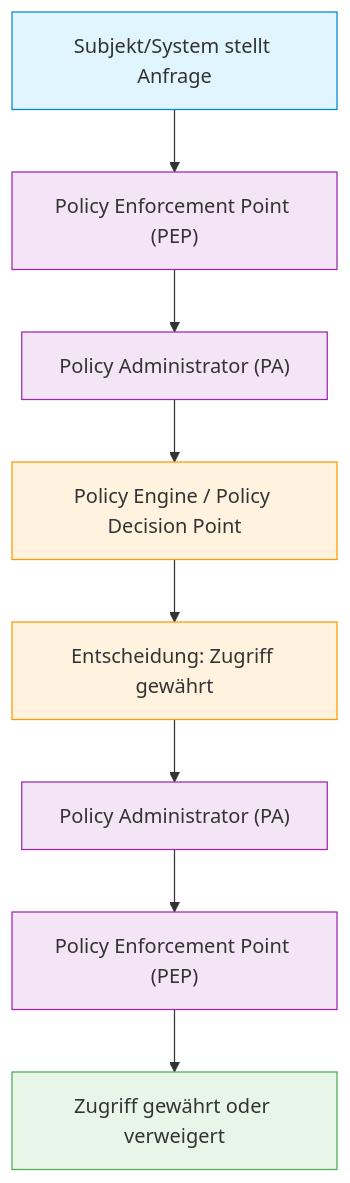
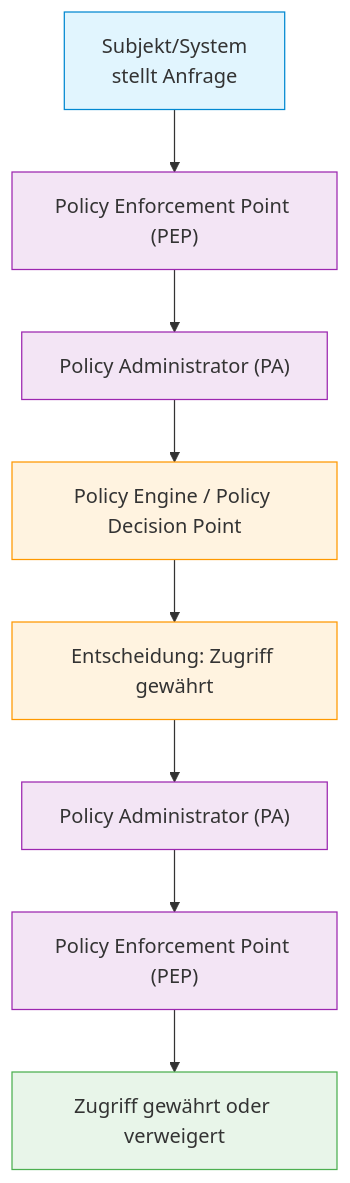
One commit to gw-ai-security/CompTIA-Security-SY0-70-Vorbereitung changed the diagram in docs/1_Allgemeine_Sicherheitskonzepte/1.24_Zero_Trust.md. Above: the diagram before and after it, drawn with Mermaid.

````diff
--- a/docs/1_Allgemeine_Sicherheitskonzepte/1.24_Zero_Trust.md
+++ b/docs/1_Allgemeine_Sicherheitskonzepte/1.24_Zero_Trust.md
@@ -116,25 +116,25 @@
 ```mermaid
 flowchart TD
-    A["Subjekt/System stellt Anfrage"] --> B["Policy Enforcement Point (PEP)"]
+    A["Subjekt/System<br>stellt Anfrage"] --> B["Policy Enforcement Point (PEP)"]
     B --> C["Policy Administrator (PA)"]
     C --> D["Policy Engine / Policy Decision Point"]
     D --> E["Entscheidung: Zugriff gewährt"]
     E --> F["Policy Administrator (PA)"]
     F --> G["Policy Enforcement Point (PEP)"]
     G --> H["Zugriff gewährt oder verweigert"]
     
     A:::start
     B:::process
     C:::process
     D:::decision
     E:::decision
     F:::process
     G:::process
     H:::finale
     
     classDef start fill:#e1f5fe,stroke:#0288d1
     classDef process fill:#f3e5f5,stroke:#9c27b0
     classDef decision fill:#fff3e0,stroke:#ff9800
     classDef finale fill:#e8f5e9,stroke:#4caf50
 
 ```
````
